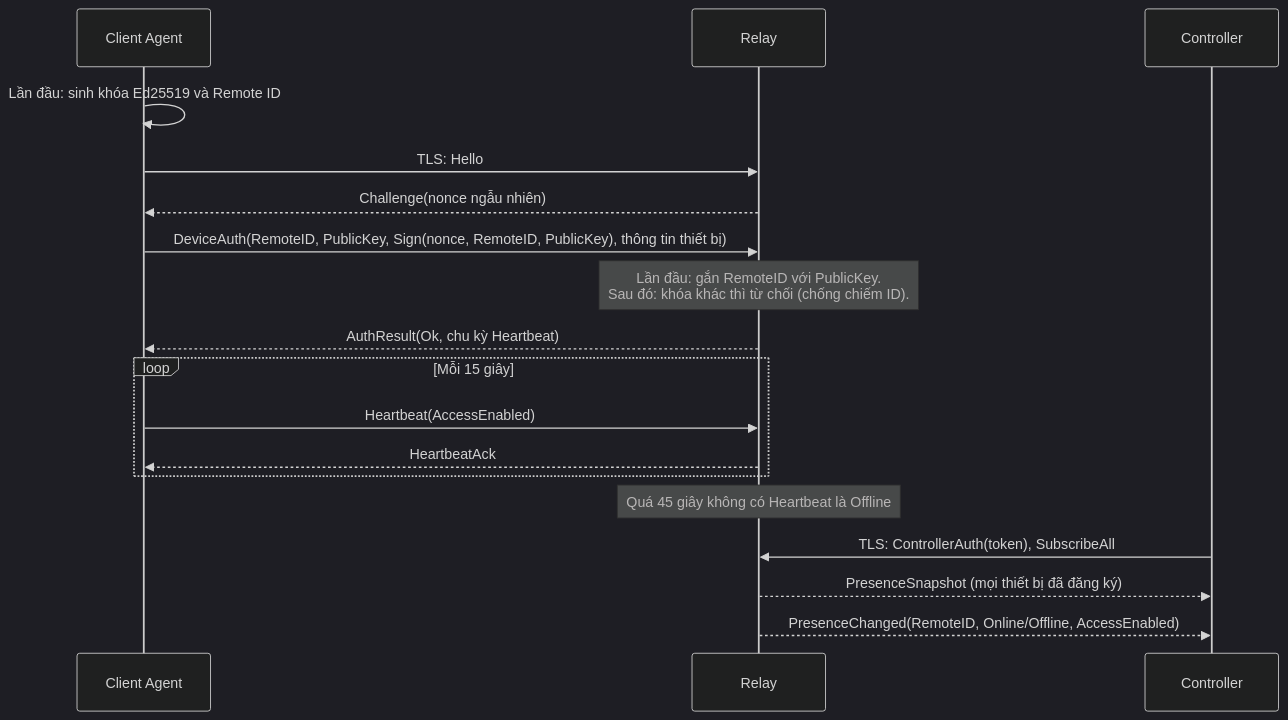
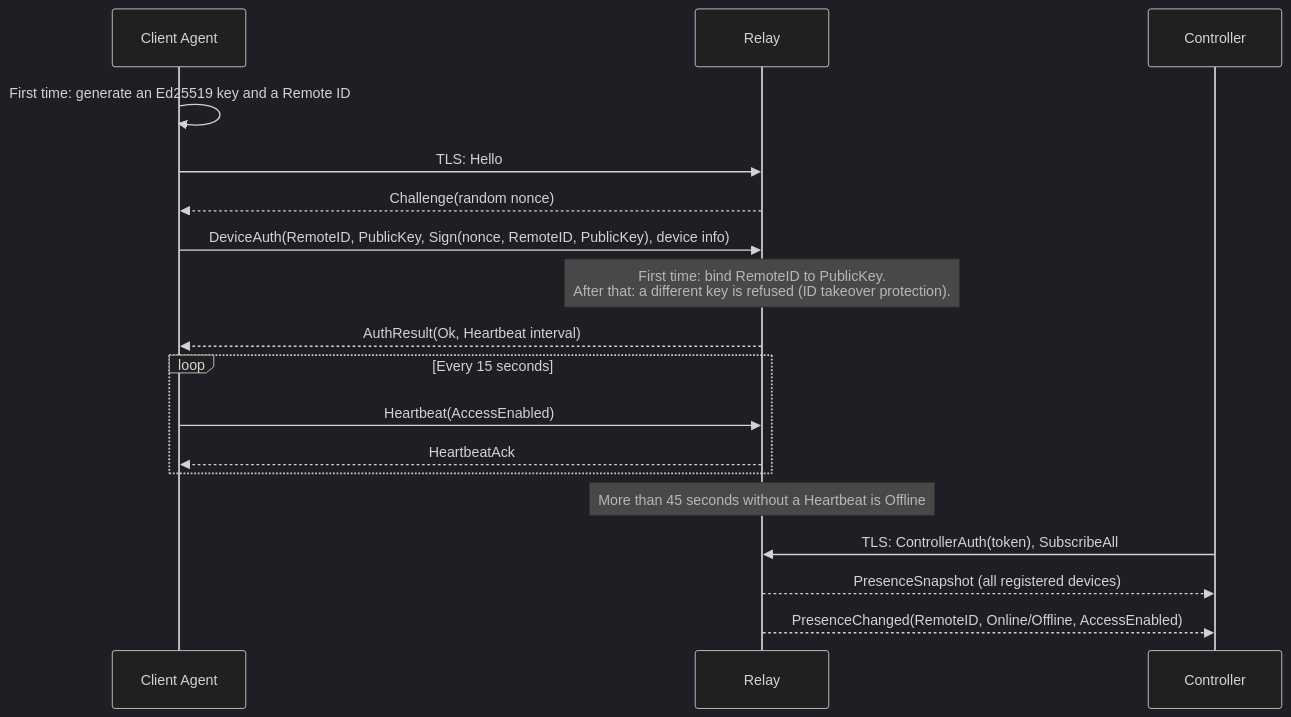
The second of 5 diagrams in docs/02-KienTruc.md (DungAnDuong/Remote-Destop-Manager), drawn with Mermaid (dark theme) before and after one commit. The commit also changed other lines of this file and 7 other files, not shown here.

````diff
--- a/docs/02-KienTruc.md
+++ b/docs/02-KienTruc.md
@@ -57,20 +57,20 @@
 ```mermaid
 sequenceDiagram
   participant A as Client Agent
   participant R as Relay
   participant C as Controller
-  A->>A: Lần đầu: sinh khóa Ed25519 và Remote ID
+  A->>A: First time: generate an Ed25519 key and a Remote ID
   A->>R: TLS: Hello
-  R-->>A: Challenge(nonce ngẫu nhiên)
-  A->>R: DeviceAuth(RemoteID, PublicKey, Sign(nonce, RemoteID, PublicKey), thông tin thiết bị)
-  Note over R: Lần đầu: gắn RemoteID với PublicKey.<br/>Sau đó: khóa khác thì từ chối (chống chiếm ID).
-  R-->>A: AuthResult(Ok, chu kỳ Heartbeat)
-  loop Mỗi 15 giây
+  R-->>A: Challenge(random nonce)
+  A->>R: DeviceAuth(RemoteID, PublicKey, Sign(nonce, RemoteID, PublicKey), device info)
+  Note over R: First time: bind RemoteID to PublicKey.<br/>After that: a different key is refused (ID takeover protection).
+  R-->>A: AuthResult(Ok, Heartbeat interval)
+  loop Every 15 seconds
     A->>R: Heartbeat(AccessEnabled)
     R-->>A: HeartbeatAck
   end
-  Note over R: Quá 45 giây không có Heartbeat là Offline
+  Note over R: More than 45 seconds without a Heartbeat is Offline
   C->>R: TLS: ControllerAuth(token), SubscribeAll
-  R-->>C: PresenceSnapshot (mọi thiết bị đã đăng ký)
+  R-->>C: PresenceSnapshot (all registered devices)
   R-->>C: PresenceChanged(RemoteID, Online/Offline, AccessEnabled)
 ```
````
